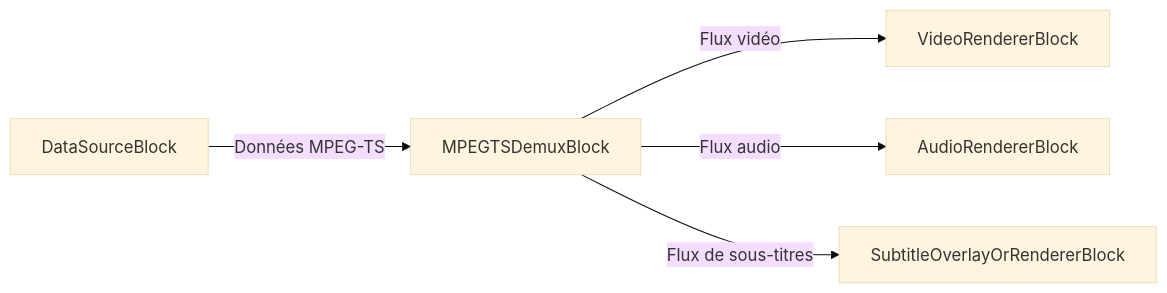
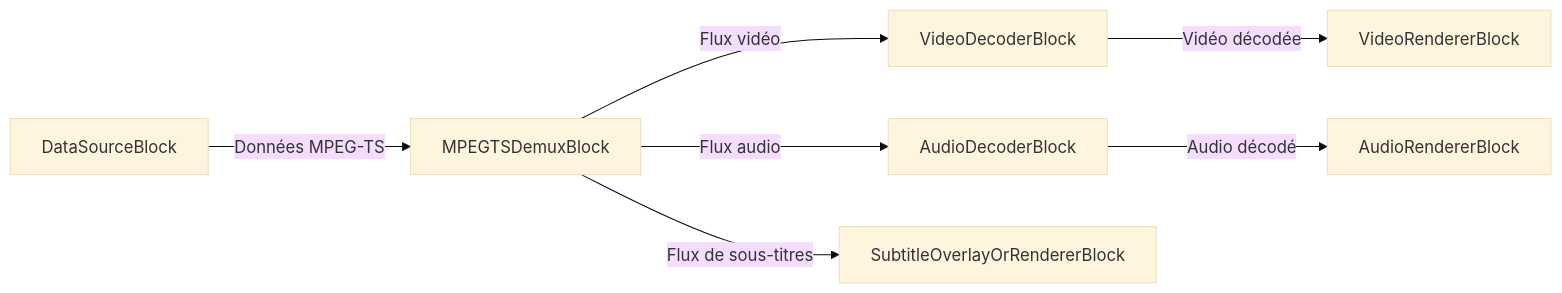
Before and after one commit to visioforge/help: the first of 4 diagrams in dotnet/mediablocks/Demuxers/index.fr.md, drawn with Mermaid (base theme). The commit also changed other lines of this file and 194 other files, not shown here.

````diff
--- a/dotnet/mediablocks/Demuxers/index.fr.md
+++ b/dotnet/mediablocks/Demuxers/index.fr.md
@@ -59,7 +61,9 @@
 ```mermaid
 graph LR;
     DataSourceBlock -- Données MPEG-TS --> MPEGTSDemuxBlock;
-    MPEGTSDemuxBlock -- Flux vidéo --> VideoRendererBlock;
-    MPEGTSDemuxBlock -- Flux audio --> AudioRendererBlock;
+    MPEGTSDemuxBlock -- Flux vidéo --> VideoDecoderBlock;
+    VideoDecoderBlock -- Vidéo décodée --> VideoRendererBlock;
+    MPEGTSDemuxBlock -- Flux audio --> AudioDecoderBlock;
+    AudioDecoderBlock -- Audio décodé --> AudioRendererBlock;
     MPEGTSDemuxBlock -- Flux de sous-titres --> SubtitleOverlayOrRendererBlock;
 ```
````
